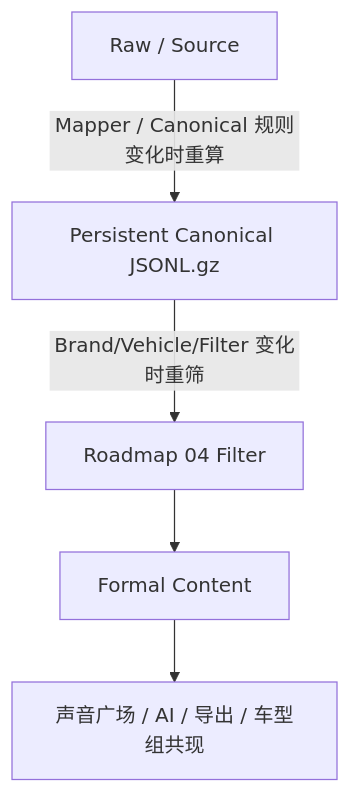
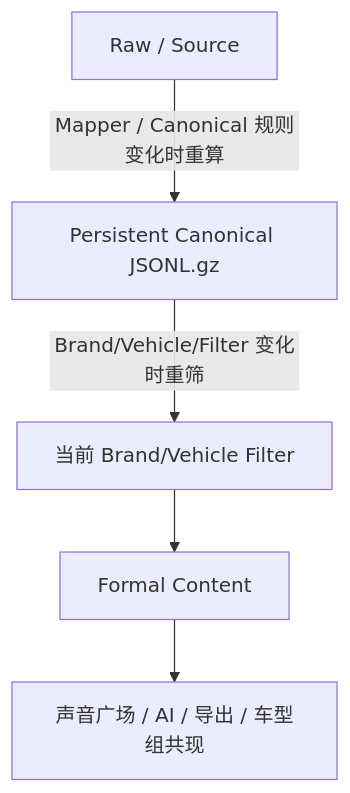
Before and after one commit to dingyuwen777/AIMA_UGC: the third of 3 diagrams in docs/roadmap/05_可重放数据底座与监测重分类实施路线.md, drawn with Mermaid. The commit also changed other lines of this file and 133 other files, not shown here.

````diff
--- a/docs/roadmap/05_可重放数据底座与监测重分类实施路线.md
+++ b/docs/roadmap/05_可重放数据底座与监测重分类实施路线.md
@@ -906,7 +906,7 @@
 ```mermaid
 flowchart TD
     A[Raw / Source] -->|Mapper / Canonical 规则变化时重算| B[Persistent Canonical JSONL.gz]
-    B -->|Brand/Vehicle/Filter 变化时重筛| C[Roadmap 04 Filter]
+    B -->|Brand/Vehicle/Filter 变化时重筛| C[当前 Brand/Vehicle Filter]
     C --> D[Formal Content]
     D --> E[声音广场 / AI / 导出 / 车型组共现]
 ```
````
